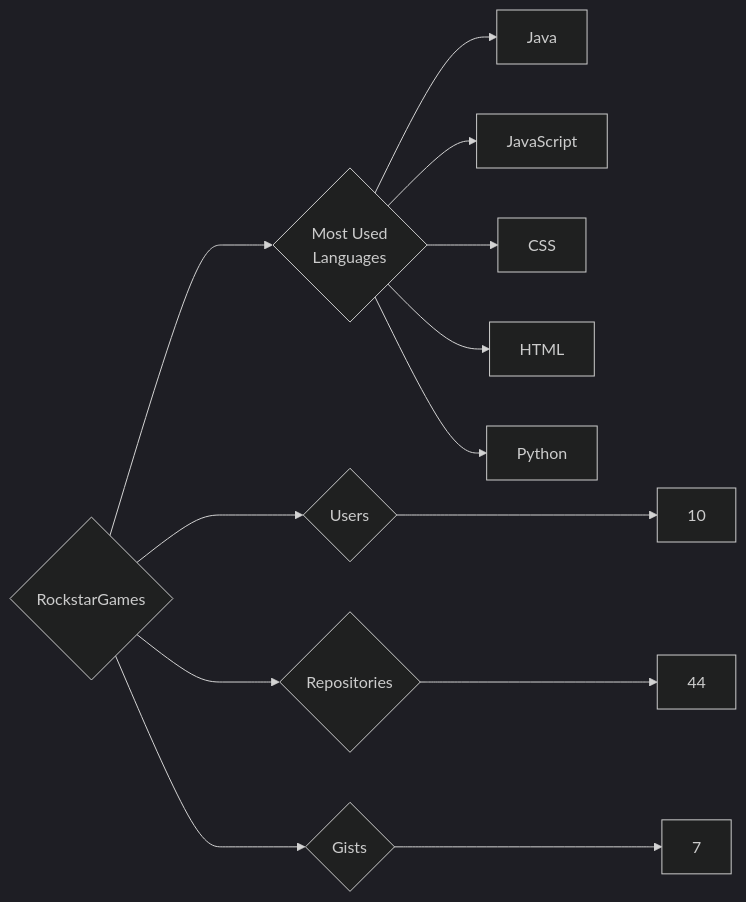
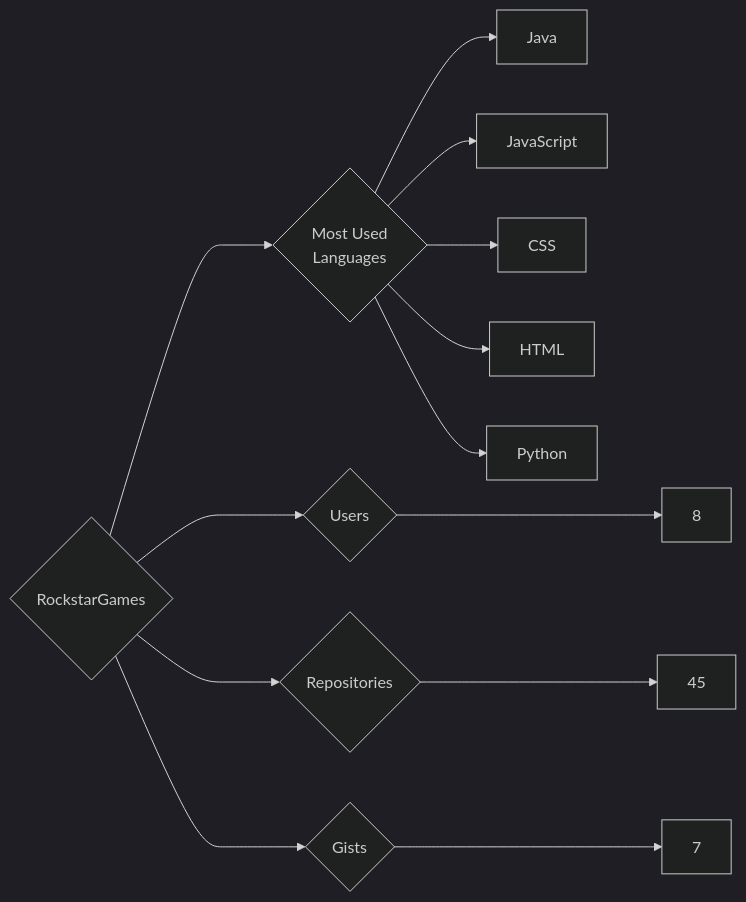
Before and after one commit to trickest/insiders: the diagram in targets/RockstarGames/README.md, drawn with Mermaid (dark theme). The commit also changed 1508 other files, not shown here.

````diff
--- a/targets/RockstarGames/README.md
+++ b/targets/RockstarGames/README.md
@@ -3,13 +3,13 @@
 ```mermaid
 graph LR
 COMPANY_NAME{RockstarGames}
-COMPANY_NAME ---> U{Users} ---> UN[10]
-COMPANY_NAME ---> R{Repositories} ---> RN[44]
+COMPANY_NAME ---> U{Users} ---> UN[8]
+COMPANY_NAME ---> R{Repositories} ---> RN[45]
 COMPANY_NAME ---> G{Gists} ---> GN[7]
 COMPANY_NAME ---> ML{Most Used<br>Languages}
 ML --> Java[Java]
 ML --> JavaScript[JavaScript]
 ML --> CSS[CSS]
 ML --> HTML[HTML]
 ML --> Python[Python]
 ```
````
